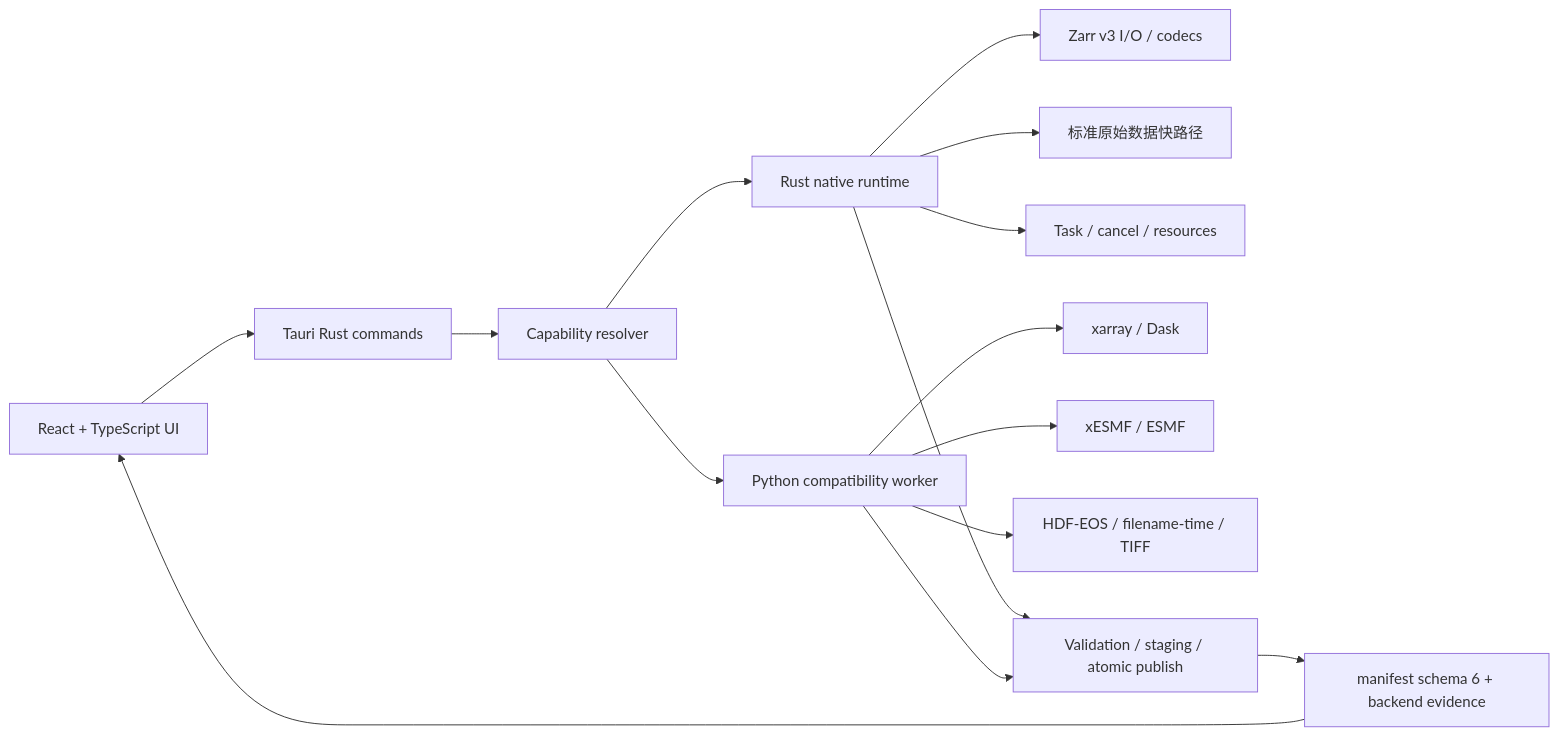
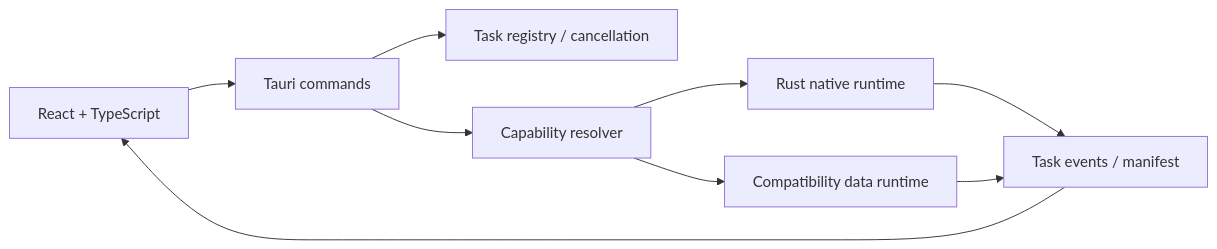
The diagram in docs/v1.7.2-development-plan.md (a820936422/zarr-fast-converter), drawn with Mermaid before and after one commit. The commit also changed other lines of this file and 52 other files, not shown here.

````diff
--- a/docs/v1.7.2-development-plan.md
+++ b/docs/v1.7.2-development-plan.md
@@ -143,17 +17,11 @@
 ```mermaid
 flowchart LR
-    UI["React + TypeScript UI"] --> CMD["Tauri Rust commands"]
-    CMD --> RESOLVE["Capability resolver"]
-    RESOLVE --> NATIVE["Rust native runtime"]
-    RESOLVE --> PY["Python compatibility worker"]
-    NATIVE --> ZARR["Zarr v3 I/O / codecs"]
-    NATIVE --> RAW["标准原始数据快路径"]
-    NATIVE --> TASK["Task / cancel / resources"]
-    PY --> XARRAY["xarray / Dask"]
-    PY --> XESMF["xESMF / ESMF"]
-    PY --> SPECIAL["HDF-EOS / filename-time / TIFF"]
-    NATIVE --> PUBLISH["Validation / staging / atomic publish"]
-    PY --> PUBLISH
-    PUBLISH --> MANIFEST["manifest schema 6 + backend evidence"]
-    MANIFEST --> UI
+    UI["React + TypeScript"] --> CMD["Tauri commands"]
+    CMD --> REG["Task registry / cancellation"]
+    CMD --> CAP["Capability resolver"]
+    CAP --> NATIVE["Rust native runtime"]
+    CAP --> COMPAT["Compatibility data runtime"]
+    NATIVE --> EVENT["Task events / manifest"]
+    COMPAT --> EVENT
+    EVENT --> UI
 ```
````
